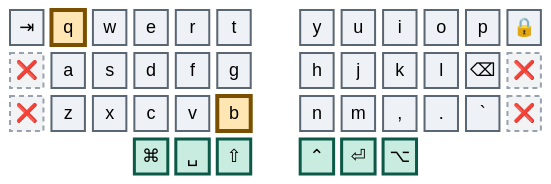
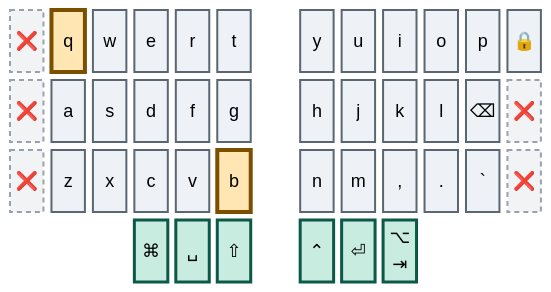
Diagram 13 of 41 in combos.md (abloch/zmk-corne), drawn with Mermaid before and after one commit. The commit also changed other lines of this file and 5 other files, not shown here.

````diff
--- a/combos.md
+++ b/combos.md
@@ -343,21 +343,21 @@
 ```mermaid
 %%{init: {'theme':'base','themeVariables':{'primaryColor':'#eef1f5','primaryTextColor':'#0b0f14','primaryBorderColor':'#5b6673','nodeTextColor':'#0b0f14','textColor':'#0b0f14','mainBkg':'#eef1f5','fontSize':'18px'}}}%%
 block
 columns 13
 
-  tab["⇥"] q w e r t space y u i o p lock["🔒"]
+  tab["❌"] q w e r t space y u i o p lock["🔒"]
   x4["❌"] a s d f g space h j k l bspc["⌫"] x1["❌"]
   x2["❌"] z x c v b space n m cma[","] dot["."] grv[" `"] x3["❌"]
-  space:3 cmd["⌘"] spc["␣"] sft["⇧"] space ctl["⌃"] ent["⏎"] alt["⌥"] space:3
+  space:3 cmd["⌘"] spc["␣"] sft["⇧"] space ctl["⌃"] ent["⏎"] alt["⌥<br/>⇥"] space:3
 
   classDef anchor fill:#bfe6f0,stroke:#0a4f63,stroke-width:4px,color:#04222b
   classDef trig fill:#ffe6b3,stroke:#7a5000,stroke-width:4px,color:#2e1e00
   classDef core fill:#eef1f5,stroke:#5b6673,stroke-width:2px,color:#0b0f14
   classDef thumb fill:#c8ece0,stroke:#0b5946,stroke-width:3px,color:#06241c
   classDef dead fill:#f2f3f5,stroke:#98a2ae,stroke-width:2px,stroke-dasharray:5 4,color:#5b6673
 
   class q,b trig
-  class tab,w,e,r,t,y,u,i,o,p,lock,a,s,d,f,g,h,j,k,l,bspc,z,x,c,v,n,m,cma,dot,grv core
+  class w,e,r,t,y,u,i,o,p,lock,a,s,d,f,g,h,j,k,l,bspc,z,x,c,v,n,m,cma,dot,grv core
   class cmd,spc,sft,ctl,ent,alt thumb
-  class x1,x2,x3,x4 dead
+  class tab,x1,x2,x3,x4 dead
 ```
````
